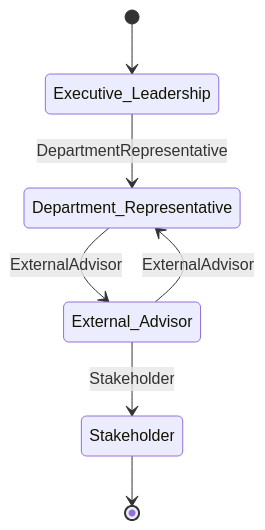
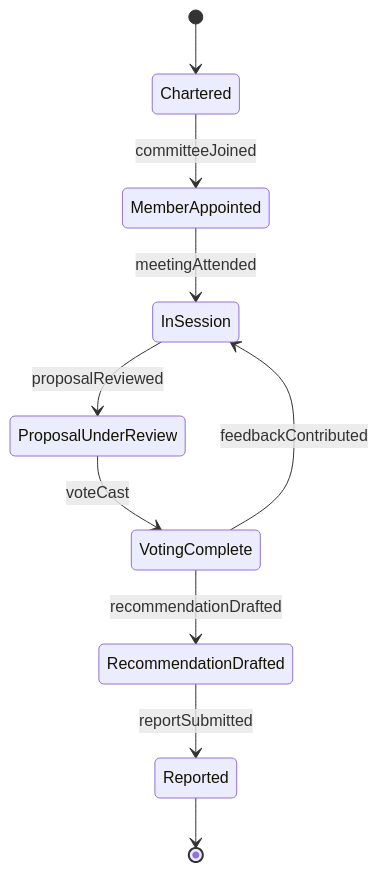
One commit to dot-org-ai/tasks.org.ai changed the second of 4 diagrams in GuidingDirectingAndMotivatingSubordinates/ServeOnOrganizationalCommittees/ServeInstitutionalDepartmentalCommittees.mdx. Above: the diagram before and after it, drawn with Mermaid. The commit also changed other lines of this file and 515 other files, not shown here.

````diff
--- a/GuidingDirectingAndMotivatingSubordinates/ServeOnOrganizationalCommittees/ServeInstitutionalDepartmentalCommittees.mdx
+++ b/GuidingDirectingAndMotivatingSubordinates/ServeOnOrganizationalCommittees/ServeInstitutionalDepartmentalCommittees.mdx
@@ -100,9 +99,12 @@
 ```mermaid
 stateDiagram-v2
-    [*] --> Executive_Leadership
-    Executive_Leadership --> Department_Representative: DepartmentRepresentative
-    Department_Representative --> External_Advisor: ExternalAdvisor
-    External_Advisor --> Stakeholder: Stakeholder
-    External_Advisor --> Department_Representative: ExternalAdvisor
-    Stakeholder --> [*]
+    [*] --> Chartered
+    Chartered --> MemberAppointed : committeeJoined
+    MemberAppointed --> InSession : meetingAttended
+    InSession --> ProposalUnderReview : proposalReviewed
+    ProposalUnderReview --> VotingComplete : voteCast
+    VotingComplete --> InSession : feedbackContributed
+    VotingComplete --> RecommendationDrafted : recommendationDrafted
+    RecommendationDrafted --> Reported : reportSubmitted
+    Reported --> [*]
 ```
````
